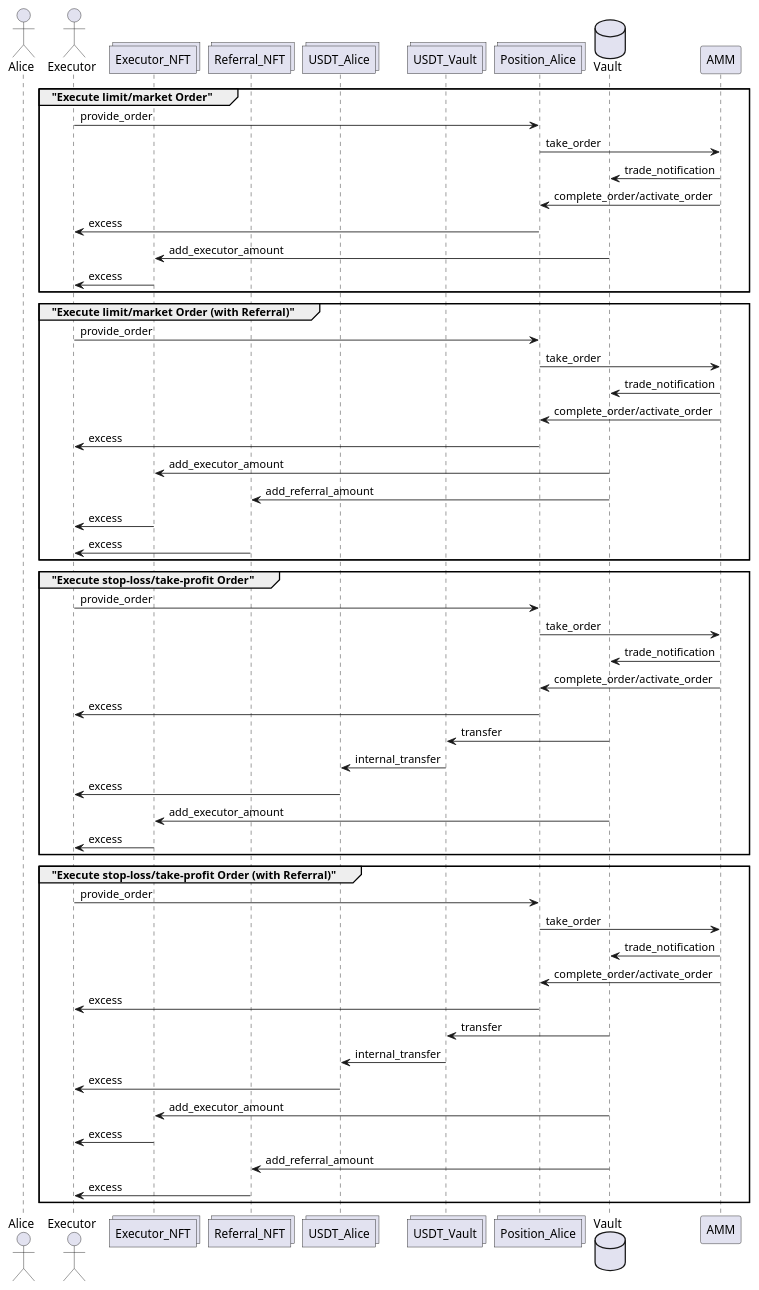
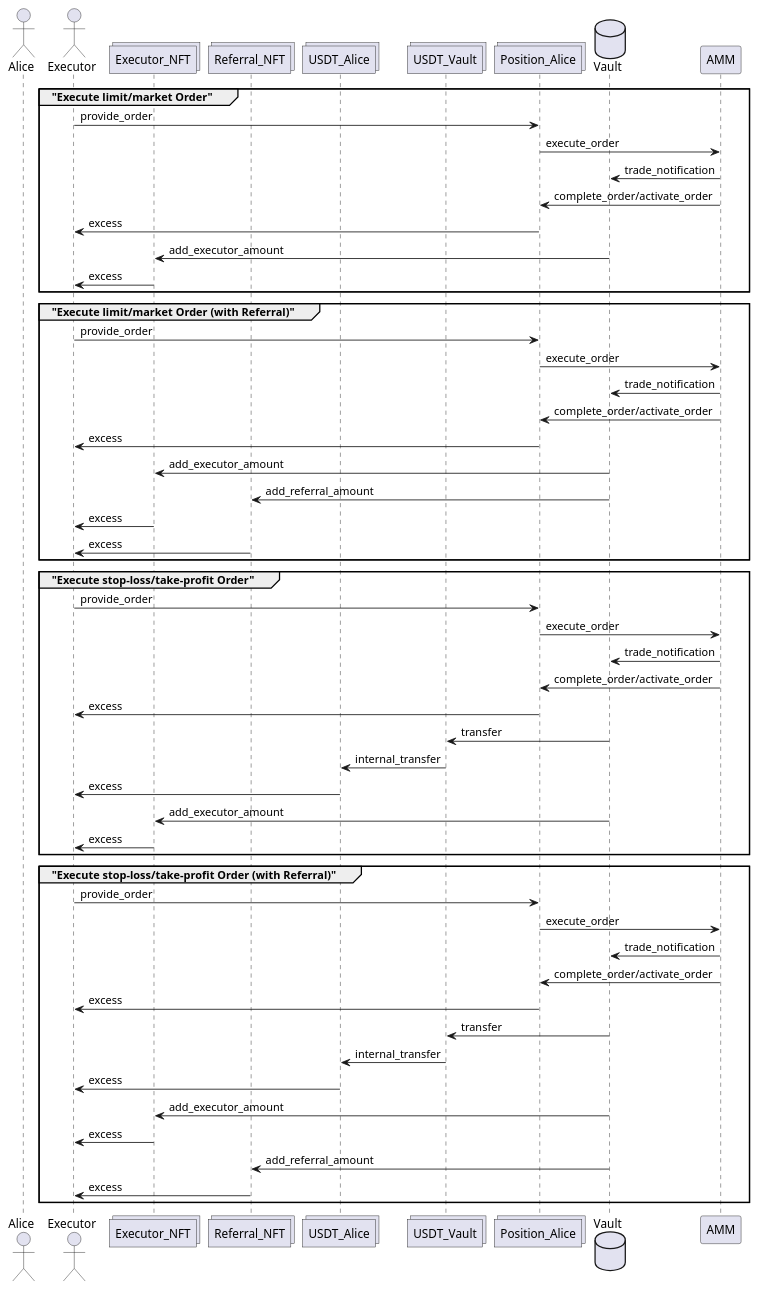
One commit to Tsunami-Exchange/storm-contracts-specs changed the diagram in puml/executor.puml. Above: the diagram before and after it, drawn with PlantUML.

Commit message:
fix: fix execute_order

```diff
--- a/puml/executor.puml
+++ b/puml/executor.puml
@@ -1,82 +1,82 @@
 @startuml Executor flow
 
 actor Alice
 
 actor Executor
 
 collections Executor_NFT
 collections Referral_NFT
 
 collections USDT_Alice
 collections USDT_Vault
 
 
 collections Position_Alice
 
 
 database    Vault
 
 participant AMM
 
 group "Execute limit/market Order"
 
 Executor -> Position_Alice : provide_order
-Position_Alice -> AMM : take_order
+Position_Alice -> AMM : execute_order
 AMM -> Vault : trade_notification
 AMM -> Position_Alice : complete_order/activate_order
 Position_Alice -> Executor : excess
 Vault -> Executor_NFT : add_executor_amount
 Executor_NFT -> Executor : excess
 
 end
 
 group "Execute limit/market Order (with Referral)"
 
 Executor -> Position_Alice : provide_order
-Position_Alice -> AMM : take_order
+Position_Alice -> AMM : execute_order
 AMM -> Vault : trade_notification
 AMM -> Position_Alice : complete_order/activate_order
 Position_Alice -> Executor : excess
 Vault -> Executor_NFT : add_executor_amount
 Vault -> Referral_NFT : add_referral_amount
 Executor_NFT -> Executor : excess
 Referral_NFT -> Executor : excess
 
 end
 
 group "Execute stop-loss/take-profit Order"
 Executor -> Position_Alice : provide_order
-Position_Alice -> AMM : take_order
+Position_Alice -> AMM : execute_order
 AMM -> Vault : trade_notification
 AMM -> Position_Alice : complete_order/activate_order
 Position_Alice -> Executor : excess
 
 Vault -> USDT_Vault : transfer
 USDT_Vault -> USDT_Alice : internal_transfer
 USDT_Alice -> Executor : excess
 
 Vault -> Executor_NFT : add_executor_amount
 Executor_NFT -> Executor : excess
 
 end
 
 group "Execute stop-loss/take-profit Order (with Referral)"
 Executor -> Position_Alice : provide_order
-Position_Alice -> AMM : take_order
+Position_Alice -> AMM : execute_order
 AMM -> Vault : trade_notification
 AMM -> Position_Alice : complete_order/activate_order
 Position_Alice -> Executor : excess
 
 Vault -> USDT_Vault : transfer
 USDT_Vault -> USDT_Alice : internal_transfer
 USDT_Alice -> Executor : excess
 
 Vault -> Executor_NFT : add_executor_amount
 Executor_NFT -> Executor : excess
 
 Vault -> Referral_NFT : add_referral_amount
 Referral_NFT -> Executor : excess
 
 end
 
 @enduml
```
